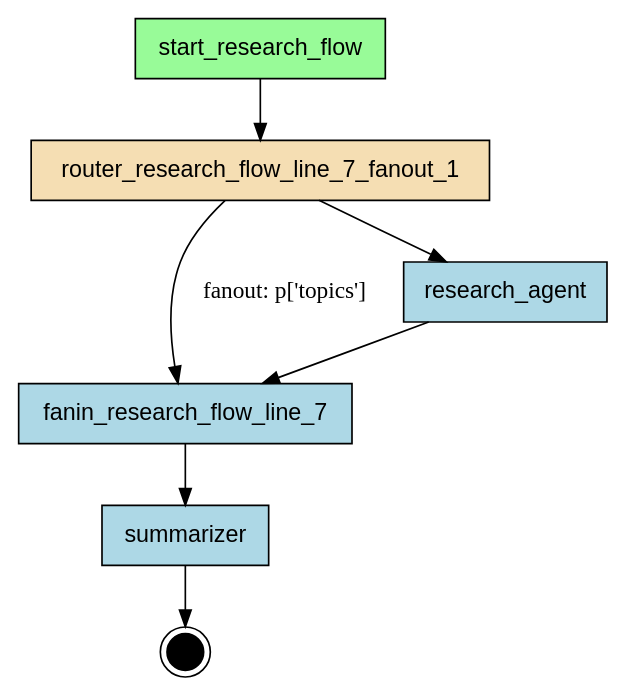
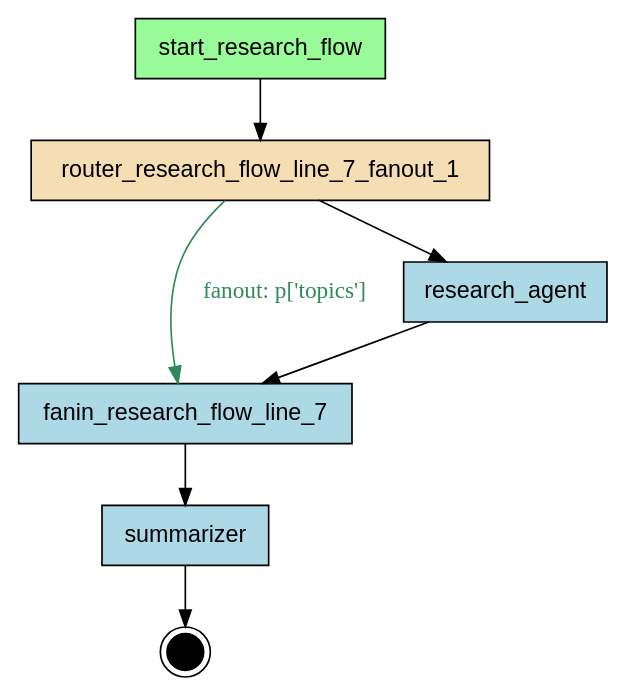
The diagram in src/asya-testing/asya_testing/flows/research_flow/compiled/flow.dot (deliveryhero/asya), drawn with Graphviz before and after one commit. The commit also changed 297 other files, not shown here.

Commit message:
chore: regenerate all compiled flow artifacts

```diff
--- a/src/asya-testing/asya_testing/flows/research_flow/compiled/flow.dot
+++ b/src/asya-testing/asya_testing/flows/research_flow/compiled/flow.dot
@@ -1,21 +1,21 @@
 digraph "research_flow" {
     rankdir=TB;
     node [shape=box, style=filled, fontname="Helvetica"];
 
     { rank=source; start_research_flow; }
 
     fanin_research_flow_line_7 [label="fanin_research_flow_line_7", fillcolor=lightblue];
     research_agent [label="research_agent", fillcolor=lightblue];
     router_research_flow_line_7_fanout_1 [label="router_research_flow_line_7_fanout_1", fillcolor=wheat];
     start_research_flow [label="start_research_flow", fillcolor=palegreen];
     summarizer [label="summarizer", fillcolor=lightblue];
 
     __end__ [label="", shape=doublecircle, fillcolor=black, width=0.3, fixedsize=true];
 
     start_research_flow -> router_research_flow_line_7_fanout_1;
-    router_research_flow_line_7_fanout_1 -> fanin_research_flow_line_7 [label="fanout: p['topics']"];
+    router_research_flow_line_7_fanout_1 -> fanin_research_flow_line_7 [label="fanout: p['topics']", color="#2E8B57", fontcolor="#2E8B57"];
     fanin_research_flow_line_7 -> summarizer;
     router_research_flow_line_7_fanout_1 -> research_agent;
     research_agent -> fanin_research_flow_line_7;
     summarizer -> __end__;
 }
```
